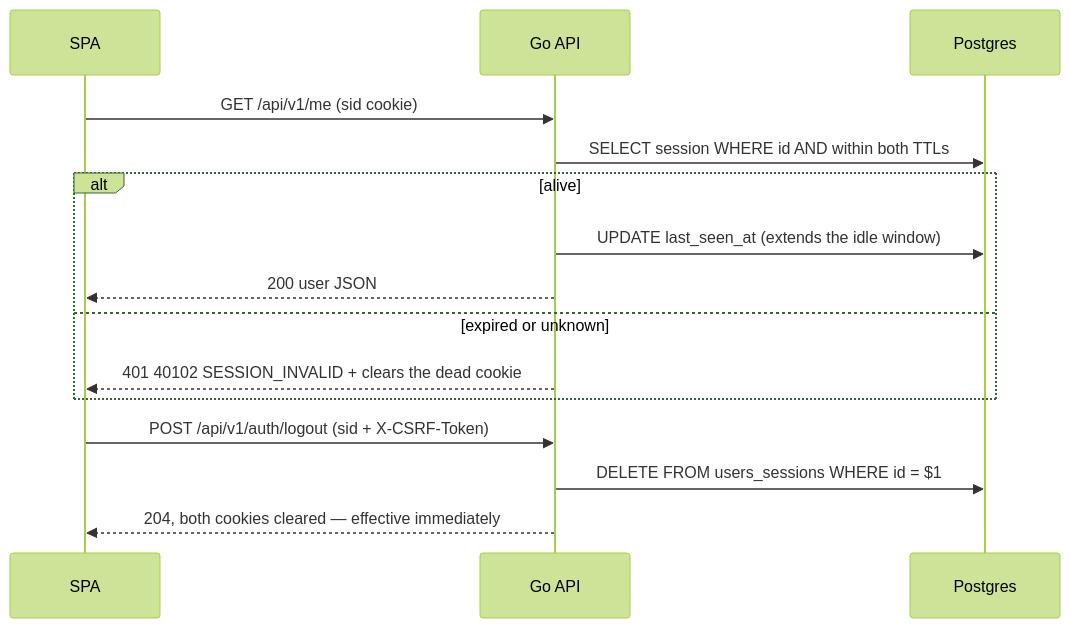
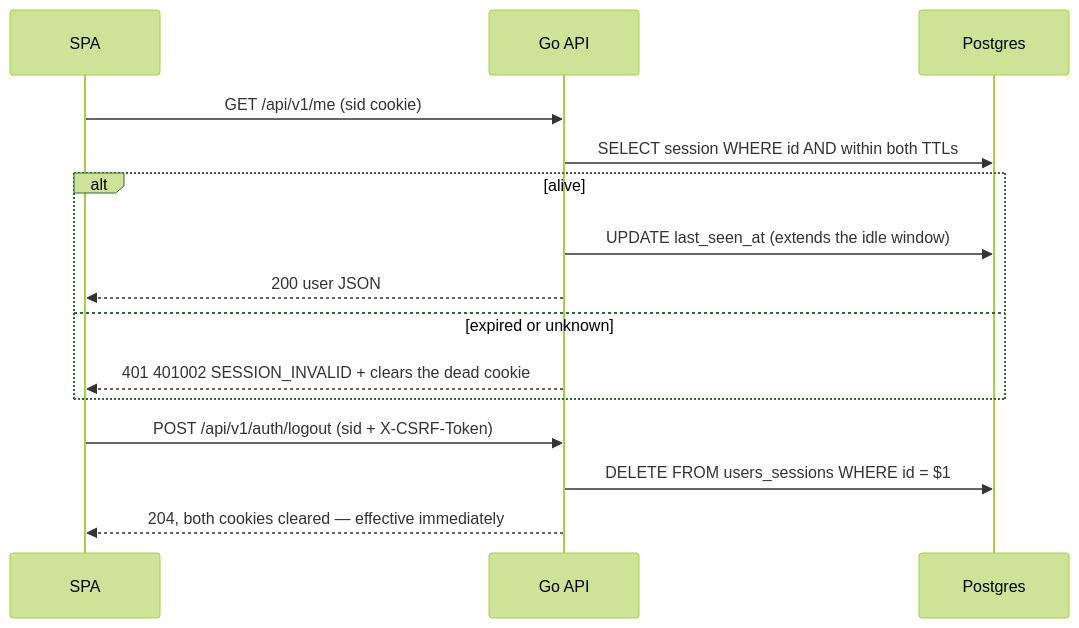
One commit to mini-apps-org/league-be changed the second of 2 diagrams in internal/auth/README.md. Above: the diagram before and after it, drawn with Mermaid (forest theme). The commit also changed other lines of this file and 17 other files, not shown here.

````diff
--- a/internal/auth/README.md
+++ b/internal/auth/README.md
@@ -105,19 +105,19 @@
 ```mermaid
 sequenceDiagram
     participant F as SPA
     participant A as Go API
     participant D as Postgres
 
     F->>A: GET /api/v1/me (sid cookie)
     A->>D: SELECT session WHERE id AND within both TTLs
     alt alive
         A->>D: UPDATE last_seen_at (extends the idle window)
         A-->>F: 200 user JSON
     else expired or unknown
-        A-->>F: 401 40102 SESSION_INVALID + clears the dead cookie
+        A-->>F: 401 401002 SESSION_INVALID + clears the dead cookie
     end
 
     F->>A: POST /api/v1/auth/logout (sid + X-CSRF-Token)
     A->>D: DELETE FROM users_sessions WHERE id = $1
     A-->>F: 204, both cookies cleared — effective immediately
 ```
````
